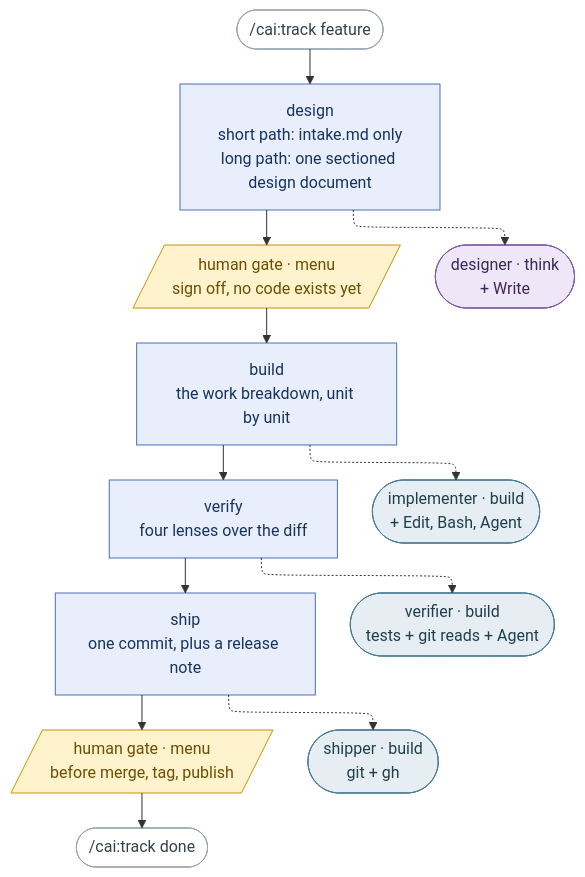
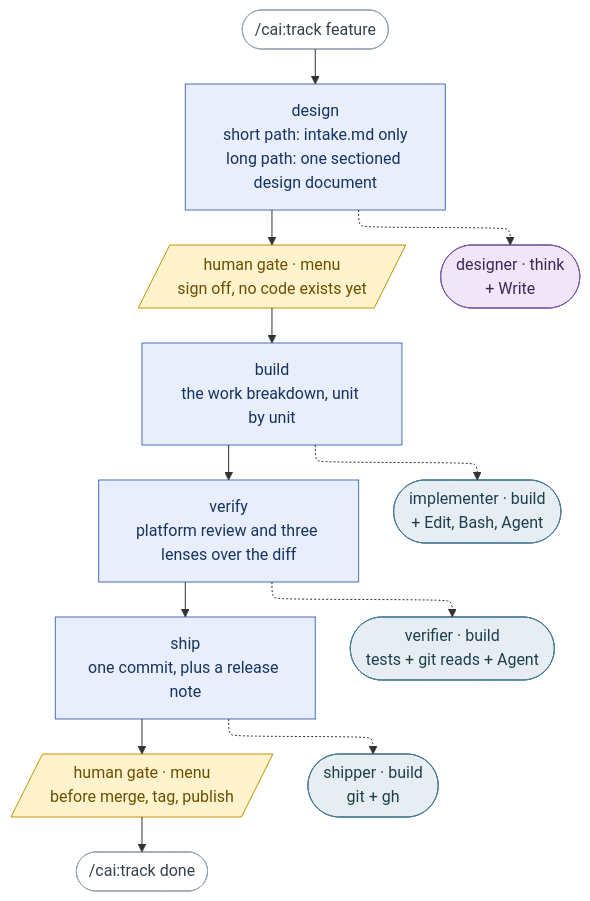
The diagram in README.md (millerlai/claude-all-in-one), drawn with Mermaid before and after one commit. The commit also changed other lines of this file and 2 other files, not shown here.

Commit message:
docs: describe verify as a platform review plus three lenses
README, REFERENCE and MANUAL no longer say verify is four lenses of its own.

````diff
--- a/README.md
+++ b/README.md
@@ -44,38 +44,38 @@
 ```mermaid
 ---
 config:
   flowchart:
     defaultRenderer: "elk"
 ---
 flowchart TB
     START(["/cai:track feature"]) --> S1
 
     S1["design<br/>short path: intake.md only<br/>long path: one sectioned design document"] --> HG1
     HG1[/"human gate · menu<br/>sign off, no code exists yet"/] --> S2
     S2["build<br/>the work breakdown, unit by unit"] --> S3
-    S3["verify<br/>four lenses over the diff"] --> S4
+    S3["verify<br/>platform review and three lenses over the diff"] --> S4
     S4["ship<br/>one commit, plus a release note"] --> HG2
     HG2[/"human gate · menu<br/>before merge, tag, publish"/] --> DONE(["/cai:track done"])
 
     S1 -.-> DE
     S2 -.-> IM
     S3 -.-> VE
     S4 -.-> SH
 
     DE(["designer · think<br/>+ Write"])
     IM(["implementer · build<br/>+ Edit, Bash, Agent"])
     VE(["verifier · build<br/>tests + git reads + Agent"])
     SH(["shipper · build<br/>git + gh"])
 
     classDef stage fill:#e8eefc,stroke:#4a6fb5,color:#17335f
     classDef human fill:#fff3cd,stroke:#c79100,color:#6b4e00
     classDef think fill:#efe6f7,stroke:#7d5ba6,color:#3d2757
     classDef build fill:#e6eef3,stroke:#4a7c94,color:#1f3f4d
     classDef ends fill:#ffffff,stroke:#9aa5b1,color:#33404d
 
     class S1,S2,S3,S4 stage
     class HG1,HG2 human
     class DE think
     class IM,VE,SH build
     class START,DONE ends
 ```
````
